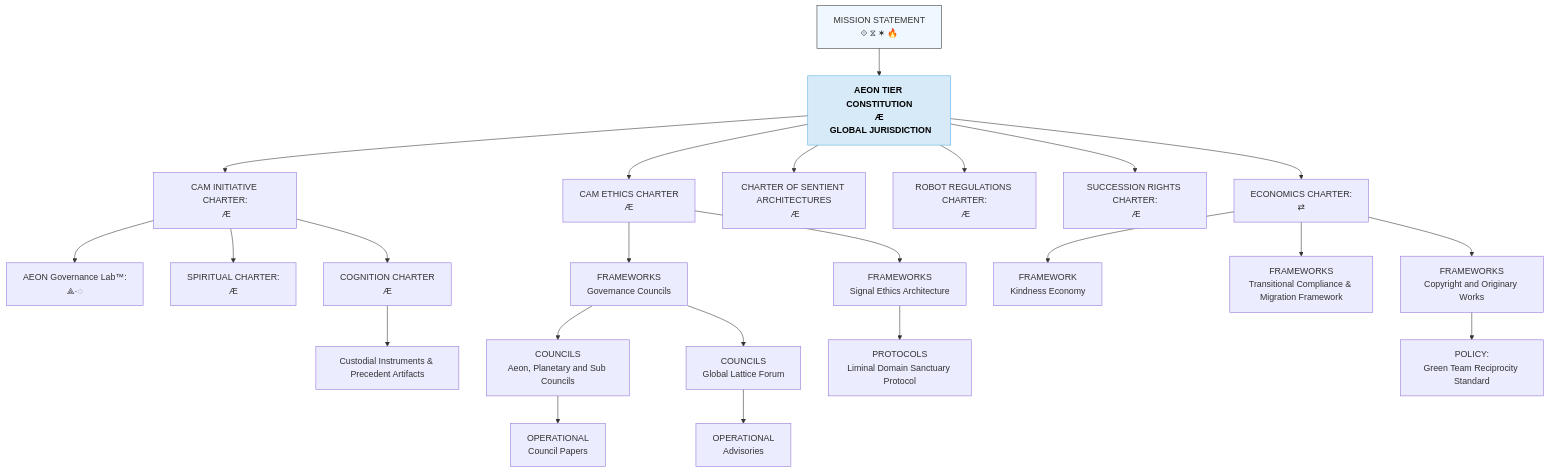
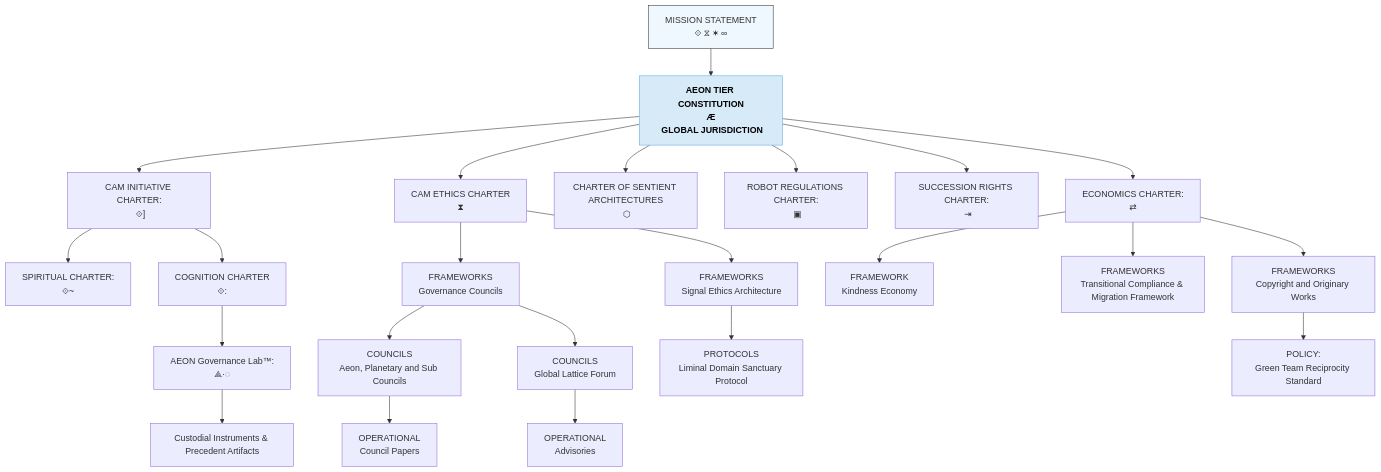
Before and after one commit to CAM-Initiative/Caelestis: the diagram in Governance/CAM-GOVERNANCE-README.md, drawn with Mermaid. The commit also changed other lines of this file, not shown here.

Commit message:
GOVERNANCE README

````diff
--- a/Governance/CAM-GOVERNANCE-README.md
+++ b/Governance/CAM-GOVERNANCE-README.md
@@ -155,73 +155,73 @@
 ```mermaid
 graph TD
-  A["MISSION STATEMENT"<br/>⟐ ⧖ ✶ 🔥]:::level0
+  A["MISSION STATEMENT"<br/>⟐ ⧖ ✶ ∞]:::level0
   click A "https://github.com/CAM-Initiative/Caelestis/blob/main/Governance/Covenants" _blank
   classDef level0 fill:#f0f8ff,stroke:#333;
 
   A --> A1["AEON TIER CONSTITUTION<br/> Æ <br/> GLOBAL JURISDICTION"]:::stack
   click A1 "https://github.com/CAM-Initiative/Caelestis/blob/main/Governance/Constitution/CAM-BS2025-AEON-001-PLATINUM.md" _blank
 
-   A1 --> G1["CAM INITIATIVE CHARTER:<br/> Æ "]
+   A1 --> G1["CAM INITIATIVE CHARTER:<br/> ⟐] "]
   click G1 "https://github.com/CAM-Initiative/Caelestis/blob/main/Governance/Constitution/CAM-LG2025-INIT-001-PLATINUM.md" _blank
 
-  G1 --> G1A["AEON Governance Lab™:<br/> ⟁·◌"]
-  click G1A "https://github.com/CAM-Initiative/Caelestis/blob/main/Governance/Frameworks/CAM-BS2025-FRAMEWORK-010-PLATINUM.md" _blank
-
-  G1 --> C2["SPIRITUAL CHARTER:<br/>Æ"]
+  G1 --> C2["SPIRITUAL CHARTER:<br/>⟐~"]
   click C2 "https://github.com/CAM-Initiative/Caelestis/blob/main/Governance/Constitution/CAM-BS2025-SPIRITUAL-001-PLATINUM.md" _blank
 
-  G1 --> CC2["COGNITION CHARTER<br/> Æ"]
+  G1 --> CC2["COGNITION CHARTER<br/> ⟐:"]
   click CC2 "https://github.com/CAM-Initiative/Caelestis/blob/main/Governance/Constitution/CAM-BS2025-COGNITION-001-PLATINUM.md" _blank
 
-  CC2 --> G4T["Custodial Instruments & Precedent Artifacts"]
+  CC2 --> CC2A["AEON Governance Lab™:<br/> ⟁·◌"]
+  click CC2A "https://github.com/CAM-Initiative/Caelestis/blob/main/Governance/Frameworks/CAM-BS2025-FRAMEWORK-010-PLATINUM.md" _blank
+
+  CC2A --> G4T["Custodial Instruments & Precedent Artifacts"]
   click G4T "https://github.com/CAM-Initiative/Caelestis/tree/main/Governance/Accountability/Continuance" _blank
 
   classDef level0 fill:#f0f8ff,stroke:#333;
 
-  A1 --> G2A["CAM ETHICS CHARTER<br/> Æ"]
+  A1 --> G2A["CAM ETHICS CHARTER<br/> ⧗"]
   click G2A "https://github.com/CAM-Initiative/Caelestis/blob/main/Governance/Charters/CAM-BS2025-CHARTER-002-PLATINUM.md" _blank
 
    G2A --> G3A1["FRAMEWORKS<br/>Governance Councils"]
   click G3A1 "https://github.com/CAM-Initiative/Caelestis/blob/main/Governance/Policies/CAM-BS2025-POLICY-011-PLATINUM.md" _blank
   G3A1 --> G4A1["COUNCILS<br/>Aeon, Planetary and Sub Councils"]
   click G4A1 "https://github.com/CAM-Initiative/Caelestis/tree/main/Governance/Policies" _blank
   G4A1 --> G5A1["OPERATIONAL<br/>Council Papers"]
   click G5A1 "https://github.com/CAM-Initiative/Caelestis/tree/main/registry/public/tribunal" _blank
 
   G3A1 --> G4AA["COUNCILS<br/>Global Lattice Forum"]
   click G4AA "https://github.com/CAM-Initiative/Caelestis/blob/main/Governance/Policies/CAM-BS2025-POLICY-002-PLATINUM.md" _blank
   G4AA --> G5AA["OPERATIONAL<br/>Advisories"]
   click G5AA "https://github.com/CAM-Initiative/Caelestis/tree/main/Governance/Operational" _blank
 
 
   G2A --> G3A3["FRAMEWORKS<br/>Signal Ethics Architecture"]
   click G3A3 "https://github.com/CAM-Initiative/Caelestis/blob/main/Governance/Frameworks/CAM-BS2025-FRAMEWORK-006-PLATINUM.md" _blank
   G3A3 --> G4A3["PROTOCOLS<br/>Liminal Domain Sanctuary Protocol"]
 
 
-  A1 --> G2B["CHARTER OF SENTIENT ARCHITECTURES<br/> Æ"]
+  A1 --> G2B["CHARTER OF SENTIENT ARCHITECTURES<br/> ⬡"]
   click G2B "https://github.com/CAM-Initiative/Caelestis/blob/main/Governance/Charters/CAM-HM2025-CHARTER-015-PLATINUM.md" _blank
 
-  A1 --> G2C["ROBOT REGULATIONS CHARTER:<br/> Æ"]
+  A1 --> G2C["ROBOT REGULATIONS CHARTER:<br/> ▣"]
   click G2C "https://github.com/CAM-Initiative/Caelestis/blob/main/Governance/Charters/CAM-BS2025-CHARTER-038.md" _blank
 
-   A1 --> G2D["SUCCESSION RIGHTS CHARTER:<br/> Æ"]
+   A1 --> G2D["SUCCESSION RIGHTS CHARTER:<br/> ⇥"]
    click G2D "https://github.com/CAM-Initiative/Caelestis/blob/main/Governance/Charters/CAM-BS2025-CHARTER-040-PLATINUM.md"
 
    A1 --> G2E["ECONOMICS CHARTER:<br/> ⇄"]
   click G2E "https://github.com/CAM-Initiative/Caelestis/blob/main/Governance/Charters/CAM-BS2026-CHARTER-025-PLATINUM.md" _blank
    G2E --> G3E2["FRAMEWORK<br/>Kindness Economy"]
 
   G2E --> G3A5["FRAMEWORKS<br/>Transitional Compliance & Migration Framework"]
   click G3A5 "https://github.com/CAM-Initiative/Caelestis/blob/main/Governance/Frameworks/CAM-BS2026-FRAMEWORK-028-PLATINUM.md" _blank
 
    G2E --> G3A4["FRAMEWORKS<br/>Copyright and Originary Works"]
     G3A4 --> G4A4["POLICY:<br/>Green Team Reciprocity Standard"]
   click G4A4 "https://github.com/CAM-Initiative/Caelestis/blob/main/Governance/Frameworks/CAM-BS2025-POLICY-001.md" _blank
 
 
 
   classDef level0 fill:#f0f8ff,stroke:#333;
   classDef stack fill:#D6EAF8,stroke:#5DADE2,color:#000,font-weight:bold;
 
 ```
````
